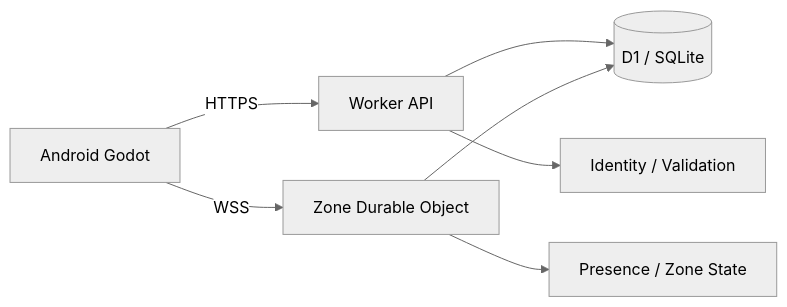
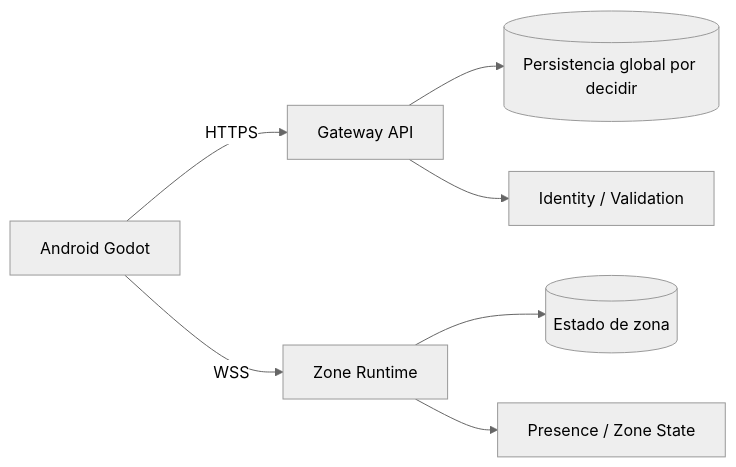
The diagram in docs/04-technical-architecture/architecture-overview.md (Lean031110/SIMS_CUBA_LBA), drawn with Mermaid (neutral theme) before and after one commit. The commit also changed other lines of this file, not shown here.

Commit message:
docs(architecture): keep persistence choice open pending benchmark

````diff
--- a/docs/04-technical-architecture/architecture-overview.md
+++ b/docs/04-technical-architecture/architecture-overview.md
@@ -5,9 +5,9 @@
-```mermaid
+~~~mermaid
 flowchart LR
- A[Android Godot] -->|HTTPS| B[Worker API]
- A -->|WSS| C[Zone Durable Object]
- B --> D[(D1 / SQLite)]
- C --> D
- B --> E[Identity / Validation]
- C --> F[Presence / Zone State]
-```
+ A[Android Godot] -->|HTTPS| B[Gateway API]
+ A -->|WSS| C[Zone Runtime]
+ B --> D[(Persistencia global por decidir)]
+ C --> E[(Estado de zona)]
+ B --> F[Identity / Validation]
+ C --> G[Presence / Zone State]
+~~~
````
